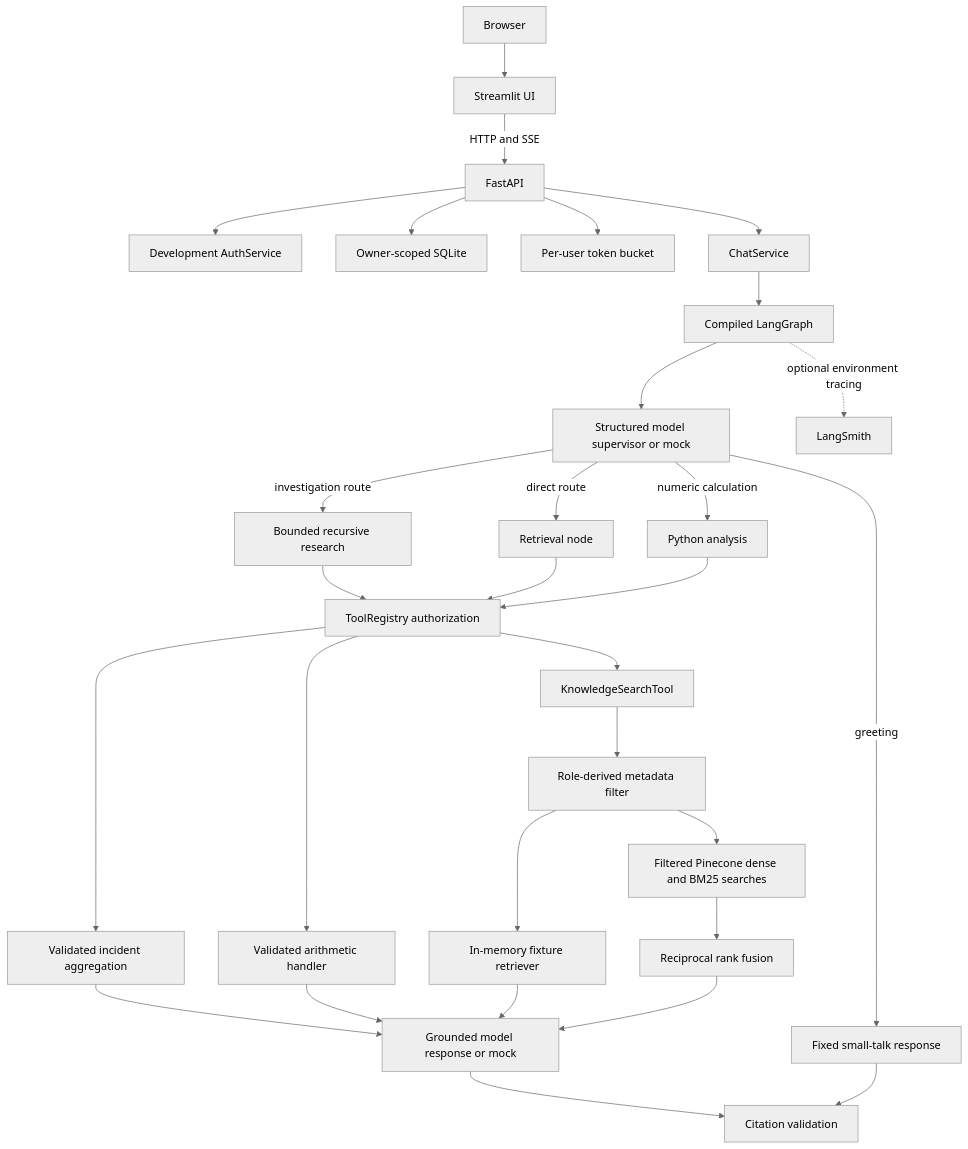
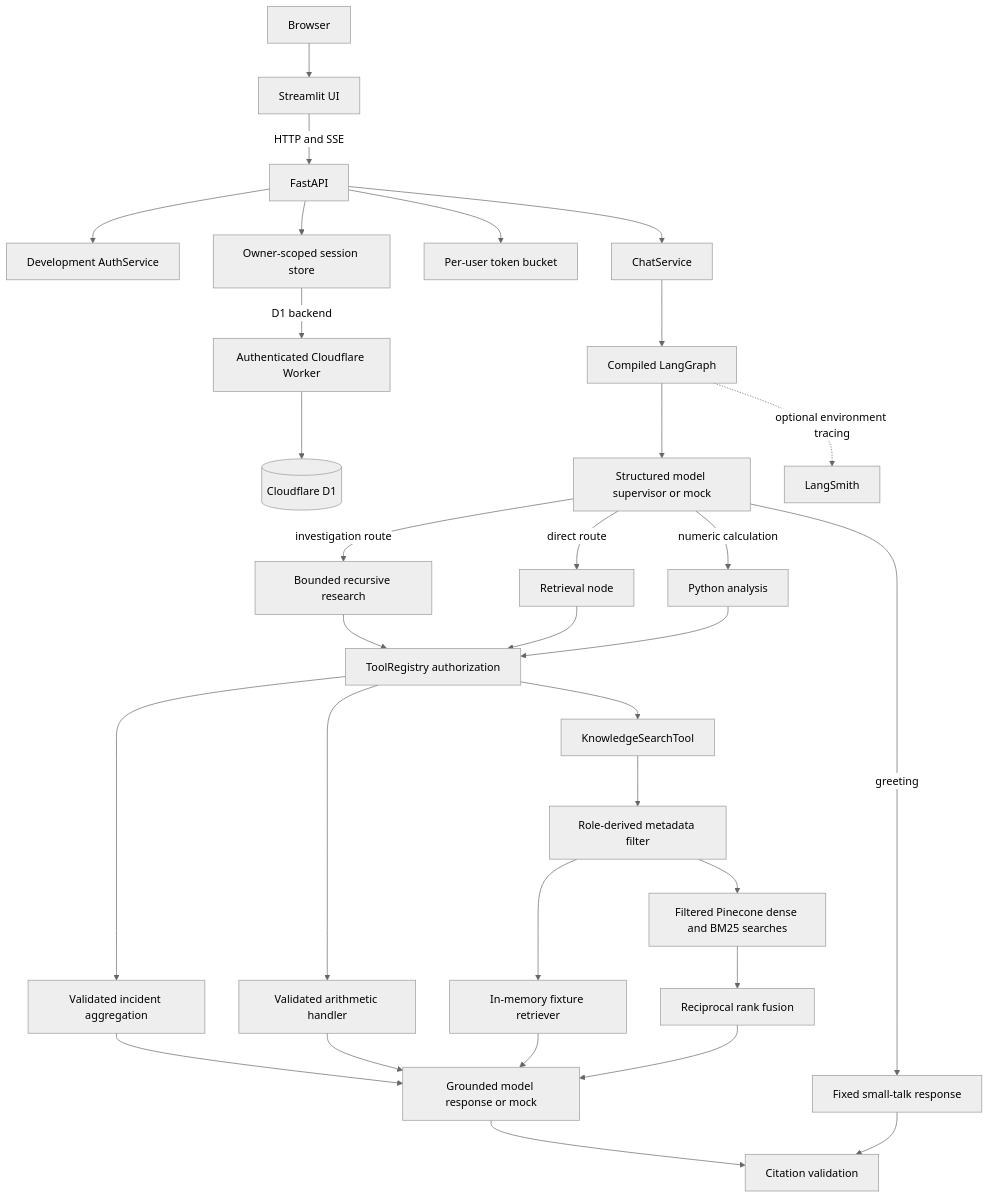
The first of 2 diagrams in docs/architecture.md (Thavarshan/enterprise-knowledge-assistant), drawn with Mermaid (neutral theme) before and after one commit. The commit also changed other lines of this file and 11 other files, not shown here.

````diff
--- a/docs/architecture.md
+++ b/docs/architecture.md
@@ -21,32 +22,34 @@
 ```mermaid
 flowchart TB
   Browser --> UI[Streamlit UI]
   UI -->|HTTP and SSE| API[FastAPI]
   API --> Auth[Development AuthService]
-  API --> Owner[Owner-scoped SQLite]
+  API --> Owner[Owner-scoped session store]
+  Owner -->|D1 backend| Worker[Authenticated Cloudflare Worker]
+  Worker --> D1[(Cloudflare D1)]
   API --> Limit[Per-user token bucket]
   API --> Chat[ChatService]
   Chat --> Graph[Compiled LangGraph]
   Graph --> Supervisor[Structured model supervisor or mock]
   Supervisor -->|greeting| SmallTalk[Fixed small-talk response]
   Supervisor -->|direct route| Retrieval[Retrieval node]
   Supervisor -->|investigation route| Research[Bounded recursive research]
   Supervisor -->|numeric calculation| Analysis[Python analysis]
   Research --> Registry
   Retrieval --> Registry[ToolRegistry authorization]
   Registry --> Knowledge[KnowledgeSearchTool]
   Registry --> IncidentAnalysis[Validated incident aggregation]
   Registry --> PythonAnalysis[Validated arithmetic handler]
   Analysis --> Registry
   IncidentAnalysis --> Response[Grounded response]
   PythonAnalysis --> Response
   Knowledge --> Filter[Role-derived metadata filter]
   Filter --> Fixture[In-memory fixture retriever]
   Filter --> Pinecone[Filtered Pinecone dense and BM25 searches]
   Pinecone --> RRF[Reciprocal rank fusion]
   Fixture --> Response[Grounded model response or mock]
   RRF --> Response
   Response --> Validate[Citation validation]
   SmallTalk --> Validate
   Graph -. optional environment tracing .-> LangSmith[LangSmith]
 ```
````
